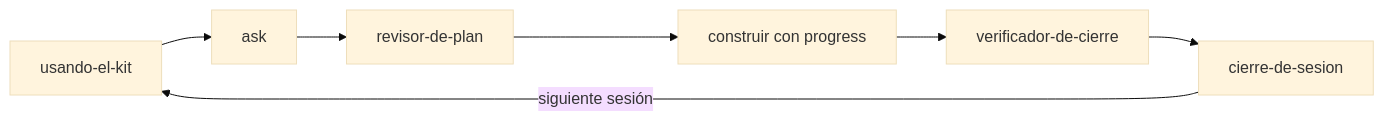
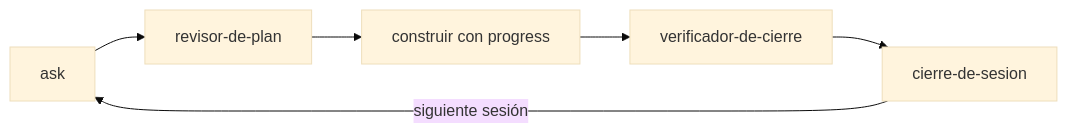
The diagram in README.md (joaquinrog/skills), drawn with Mermaid (base theme) before and after one commit. The commit also changed other lines of this file and 1 other file, not shown here.

````diff
--- a/README.md
+++ b/README.md
@@ -30,9 +75,5 @@
 ```mermaid
 flowchart LR
-  E["usando-el-kit"] --> A["ask"]
-  A --> R["revisor-de-plan"]
-  R --> T["construir con progress"]
-  T --> V["verificador-de-cierre"]
-  V --> C["cierre-de-sesion"]
-  C -->|"siguiente sesión"| E
+  A["ask"] --> R["revisor-de-plan"] --> T["construir con progress"] --> V["verificador-de-cierre"] --> C["cierre-de-sesion"]
+  C -->|"siguiente sesión"| A
 ```
````
